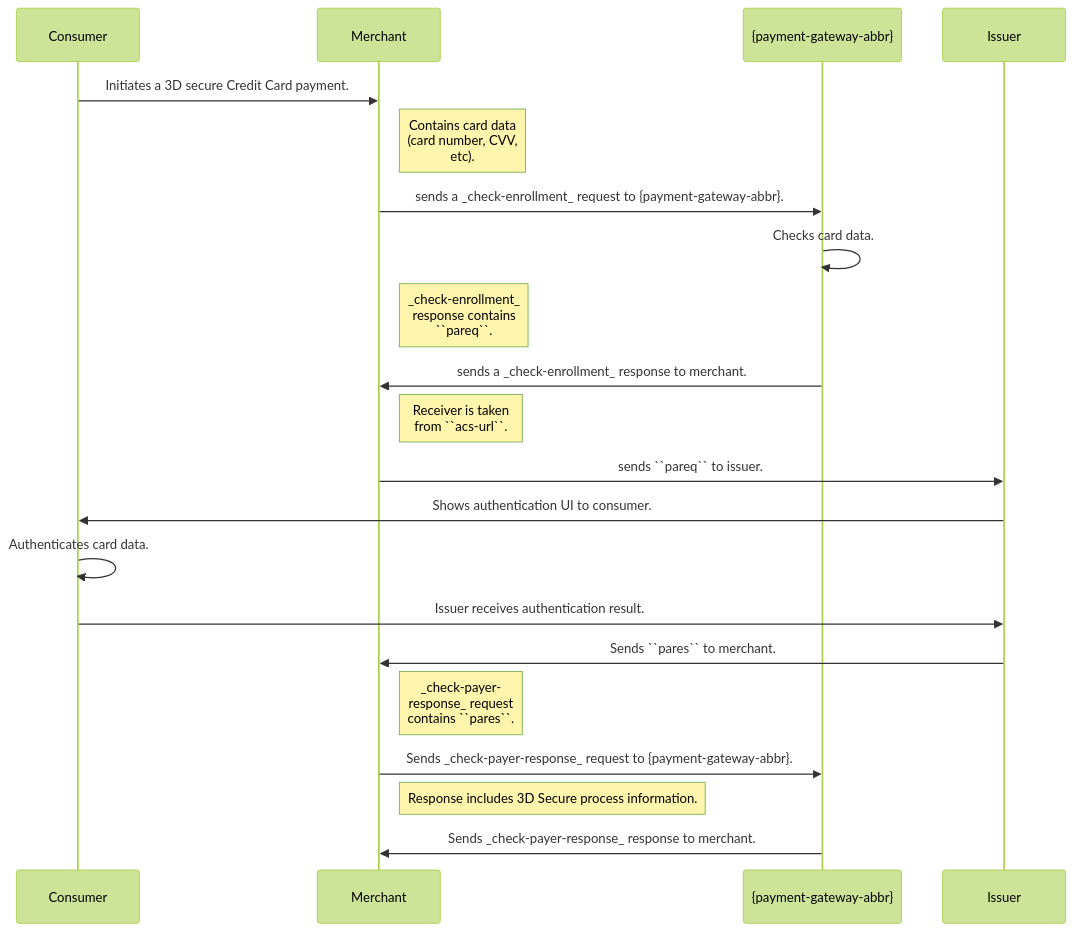
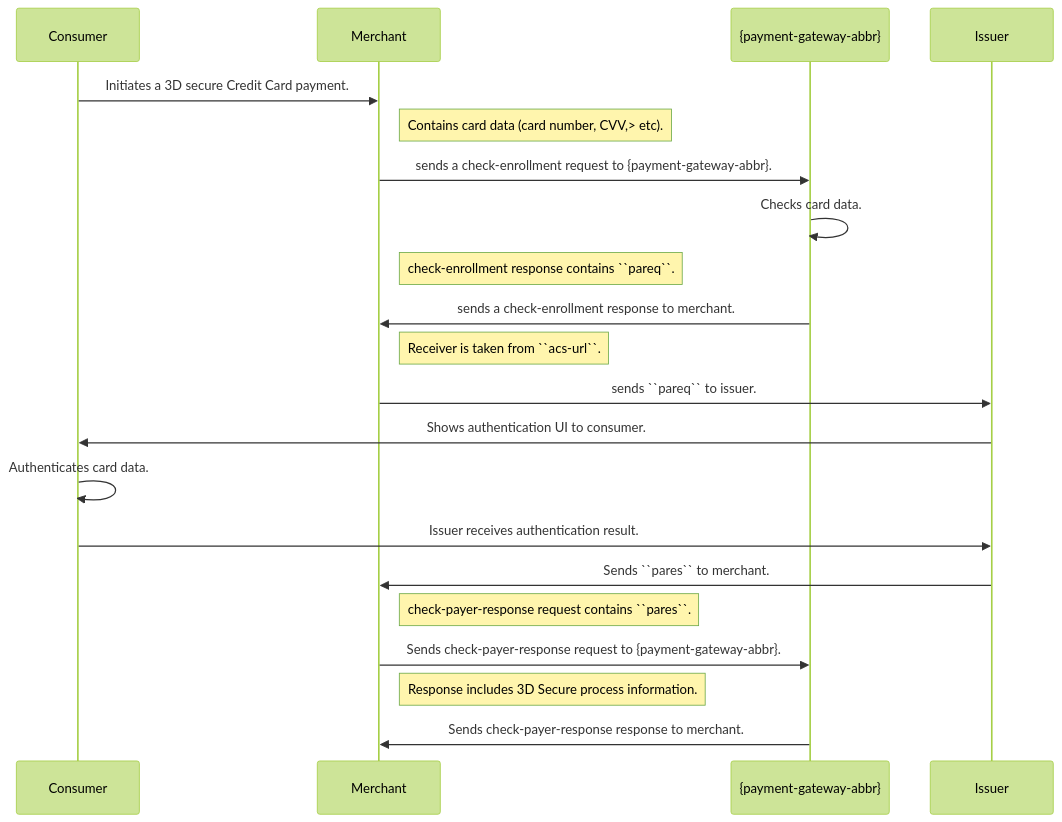
Before and after one commit to wirecard/merchant-documentation-gateway: the diagram in 11-01-08-testcards.adoc, drawn with Mermaid (forest theme).

Commit message:
Remove formatting in mermaid graphic

```diff
--- a/11-01-08-testcards.adoc
+++ b/11-01-08-testcards.adoc
@@ -242,24 +242,24 @@
 [mermaid, 3DS2_TestCards_Workflow,svg,subs=attributes+]
 ----
 sequenceDiagram
     participant Consumer
     participant Merchant
     participant {payment-gateway-abbr}
     participant Issuer
 Consumer->>Merchant: Initiates a 3D secure Credit Card payment.
-Note right of Merchant: Contains card data <br/>(card number, CVV, <br/> etc).
-Merchant->>{payment-gateway-abbr}: sends a _check-enrollment_ request to {payment-gateway-abbr}.
+Note right of Merchant: Contains card data (card number, CVV,> etc).
+Merchant->>{payment-gateway-abbr}: sends a check-enrollment request to {payment-gateway-abbr}.
 {payment-gateway-abbr}->>{payment-gateway-abbr}: Checks card data.
-Note right of Merchant: _check-enrollment_ <br/>response contains <br/>``pareq``.
-{payment-gateway-abbr}->>Merchant: sends a _check-enrollment_ response to merchant.
-Note right of Merchant: Receiver is taken <br/>from ``acs-url``.
+Note right of Merchant: check-enrollment response contains ``pareq``.
+{payment-gateway-abbr}->>Merchant: sends a check-enrollment response to merchant.
+Note right of Merchant: Receiver is taken from ``acs-url``.
 Merchant->>Issuer: sends ``pareq`` to issuer.
 Issuer->>Consumer: Shows authentication UI to consumer.
 Consumer->>Consumer: Authenticates card data.
 Consumer->>Issuer: Issuer receives authentication result.
 Issuer->>Merchant: Sends ``pares`` to merchant.
-Note right of Merchant: _check-payer- <br/>response_ request <br/>contains ``pares``.
-Merchant->>{payment-gateway-abbr}: Sends _check-payer-response_ request to {payment-gateway-abbr}.
+Note right of Merchant: check-payer-response request contains ``pares``.
+Merchant->>{payment-gateway-abbr}: Sends check-payer-response request to {payment-gateway-abbr}.
 Note right of Merchant: Response includes 3D Secure process information.
-{payment-gateway-abbr}->>Merchant: Sends _check-payer-response_ response to merchant.
+{payment-gateway-abbr}->>Merchant: Sends check-payer-response response to merchant.
 ----
```
